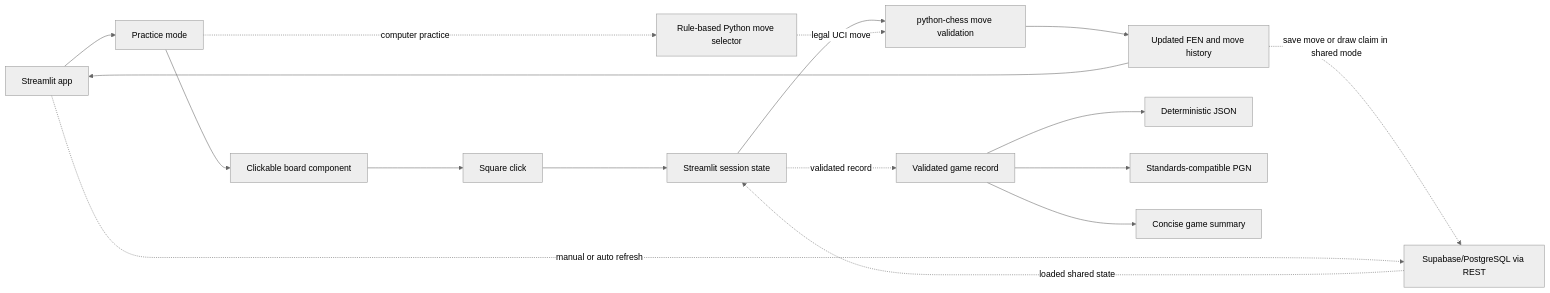
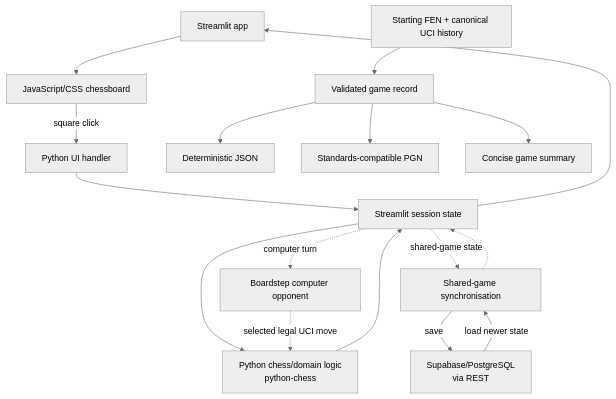
Before and after one commit to NikolayAir/Boardstep: the diagram in README.md, drawn with Mermaid (neutral theme). The commit also changed other lines of this file, not shown here.

````diff
--- a/README.md
+++ b/README.md
@@ -23,22 +94,23 @@
 ```mermaid
-flowchart LR
-    UI["Streamlit app"] --> Mode["Practice mode"]
-    Mode --> Board["Clickable board component"]
-    Board --> Click["Square click"]
-    Click --> State["Streamlit session state"]
-    State --> Rules["python-chess move validation"]
-    Rules --> Position["Updated FEN and move history"]
-    Position --> UI
+flowchart TB
+    UI["Streamlit app"] --> Board["JavaScript/CSS chessboard"]
+    Board -->|"square click"| Handler["Python UI handler"]
+    Handler --> State["Streamlit session state"]
 
-    State -. "validated record" .-> Record["Validated game record"]
+    State --> Rules["Python chess/domain logic<br/>python-chess"]
+    Rules --> State
+    State --> UI
+
+    State -. "computer turn" .-> Computer["Boardstep computer opponent"]
+    Computer -. "selected legal UCI move" .-> Rules
+
+    State -. "shared-game state" .-> Sync["Shared-game synchronisation"]
+    Sync -->|"save"| Storage["Supabase/PostgreSQL<br/>via REST"]
+    Storage -->|"load newer state"| Sync
+    Sync -.-> State
+
+    History["Starting FEN + canonical UCI history"] --> Record["Validated game record"]
     Record --> JSON["Deterministic JSON"]
     Record --> PGN["Standards-compatible PGN"]
     Record --> Summary["Concise game summary"]
-
-    Mode -. "computer practice" .-> Computer["Rule-based Python move selector"]
-    Computer -. "legal UCI move" .-> Rules
-
-    Position -. "save move or draw claim in shared mode" .-> Storage["Supabase/PostgreSQL via REST"]
-    UI -. "manual or auto refresh" .-> Storage
-    Storage -. "loaded shared state" .-> State
 ```
````
